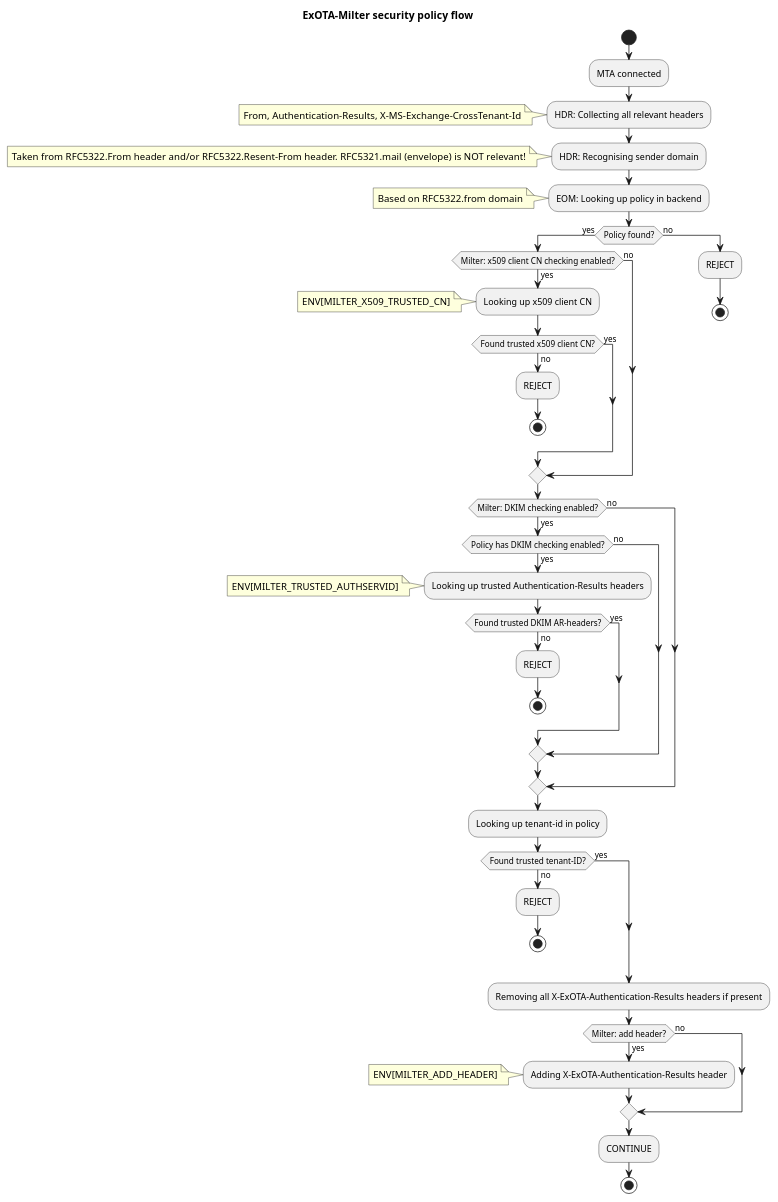
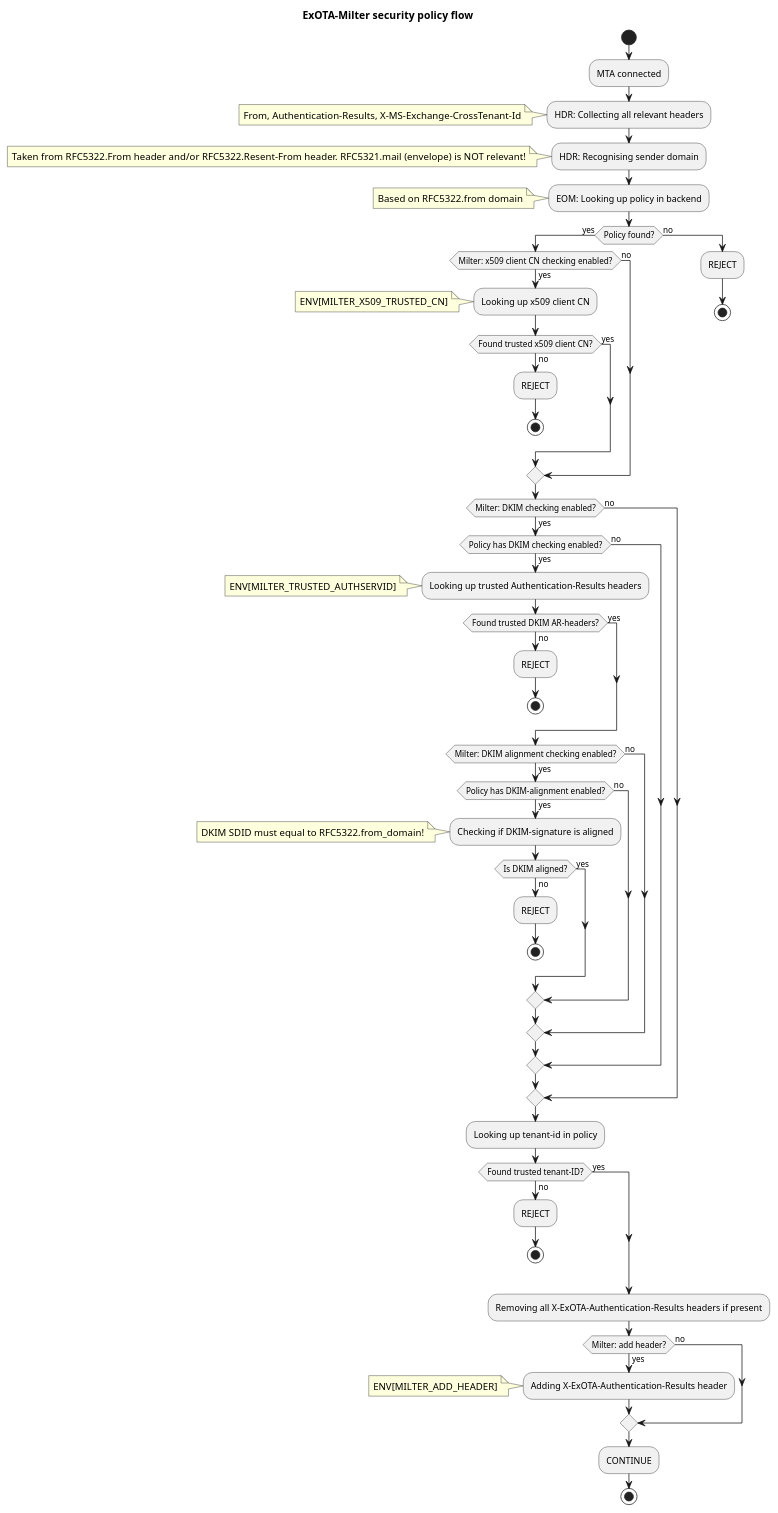
The diagram in activity_policy.puml (chillout2k/ExOTA-Milter), drawn with PlantUML before and after one commit. The commit also changed 1 other file, not shown here.

Commit message:
DKIM alignment docs

```diff
--- a/activity_policy.puml
+++ b/activity_policy.puml
@@ -1,59 +1,72 @@
 @startuml
 
 title ExOTA-Milter security policy flow 
 start
 :MTA connected; 
 
 :HDR: Collecting all relevant headers;
 note left: From, Authentication-Results, X-MS-Exchange-CrossTenant-Id
 
 :HDR: Recognising sender domain;
 note left: Taken from RFC5322.From header and/or RFC5322.Resent-From header. RFC5321.mail (envelope) is NOT relevant!
 
 :EOM: Looking up policy in backend;
 note left: Based on RFC5322.from domain
 
 if (Policy found?) then (yes)
   if (Milter: x509 client CN checking enabled?) then (yes)
     :Looking up x509 client CN;
     note left: ENV[MILTER_X509_TRUSTED_CN]
     if (Found trusted x509 client CN?) then (yes)
     else (no)
       :REJECT;
       stop
     endif
   else (no)
   endif
   if (Milter: DKIM checking enabled?) then (yes)
     if (Policy has DKIM checking enabled?) then (yes)
       :Looking up trusted Authentication-Results headers;
       note left: ENV[MILTER_TRUSTED_AUTHSERVID]
       if (Found trusted DKIM AR-headers?) then (yes)
       else (no)
         :REJECT;
         stop
       endif
+      if (Milter: DKIM alignment checking enabled?) then (yes)
+        if (Policy has DKIM-alignment enabled?) then (yes)
+          :Checking if DKIM-signature is aligned;
+          note left: DKIM SDID must equal to RFC5322.from_domain!
+          if (Is DKIM aligned?) then (yes)
+          else (no)
+            :REJECT;
+            stop
+          endif
+        else (no)
+        endif
+      else (no)
+      endif
     else (no)
     endif
   else (no)
   endif
   :Looking up tenant-id in policy;
   if (Found trusted tenant-ID?) then (no)
     :REJECT;
     stop
   else (yes)
   endif
 else (no)
   :REJECT;
   stop
 endif
 :Removing all X-ExOTA-Authentication-Results headers if present;
 if (Milter: add header?) then (yes)
   :Adding X-ExOTA-Authentication-Results header;
   note left: ENV[MILTER_ADD_HEADER]
 else (no)
 endif
 :CONTINUE;
 stop
 
 @enduml
```
